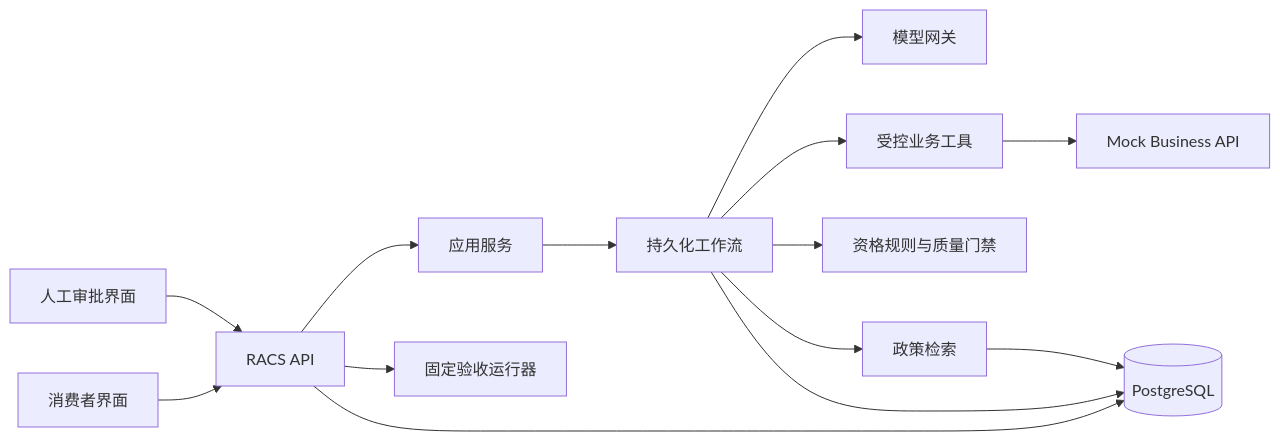
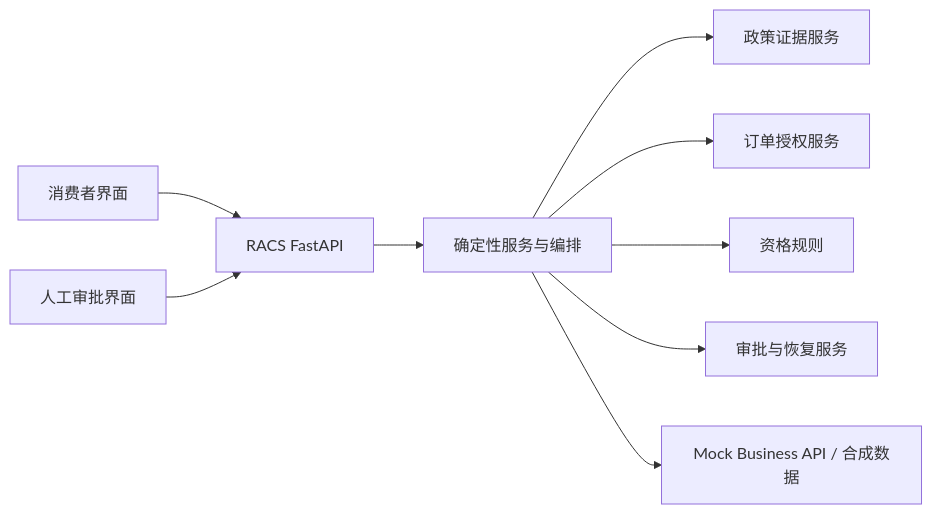
Before and after one commit to Onlyblue02/recoverable-ai-customer-service: the diagram in ARCHITECTURE.md, drawn with Mermaid. The commit also changed other lines of this file and 15 other files, not shown here.

````diff
--- a/ARCHITECTURE.md
+++ b/ARCHITECTURE.md
@@ -41,16 +19,11 @@
 ```mermaid
 flowchart LR
-    Consumer["消费者界面"] --> API["RACS API"]
-    Agent["人工审批界面"] --> API
-    API --> App["应用服务"]
-    App --> Flow["持久化工作流"]
-    Flow --> AI["模型网关"]
-    Flow --> Knowledge["政策检索"]
-    Flow --> Domain["资格规则与质量门禁"]
-    Flow --> Tools["受控业务工具"]
-    Tools --> Mock["Mock Business API"]
-    API --> DB[("PostgreSQL")]
-    Flow --> DB
-    Knowledge --> DB
-    API --> Eval["固定验收运行器"]
+    Consumer["消费者界面"] --> API["RACS FastAPI"]
+    Reviewer["人工审批界面"] --> API
+    API --> Services["确定性服务与编排"]
+    Services --> Policy["政策证据服务"]
+    Services --> Order["订单授权服务"]
+    Services --> Eligibility["资格规则"]
+    Services --> Approval["审批与恢复服务"]
+    Services --> Mock["Mock Business API / 合成数据"]
 ```
````
